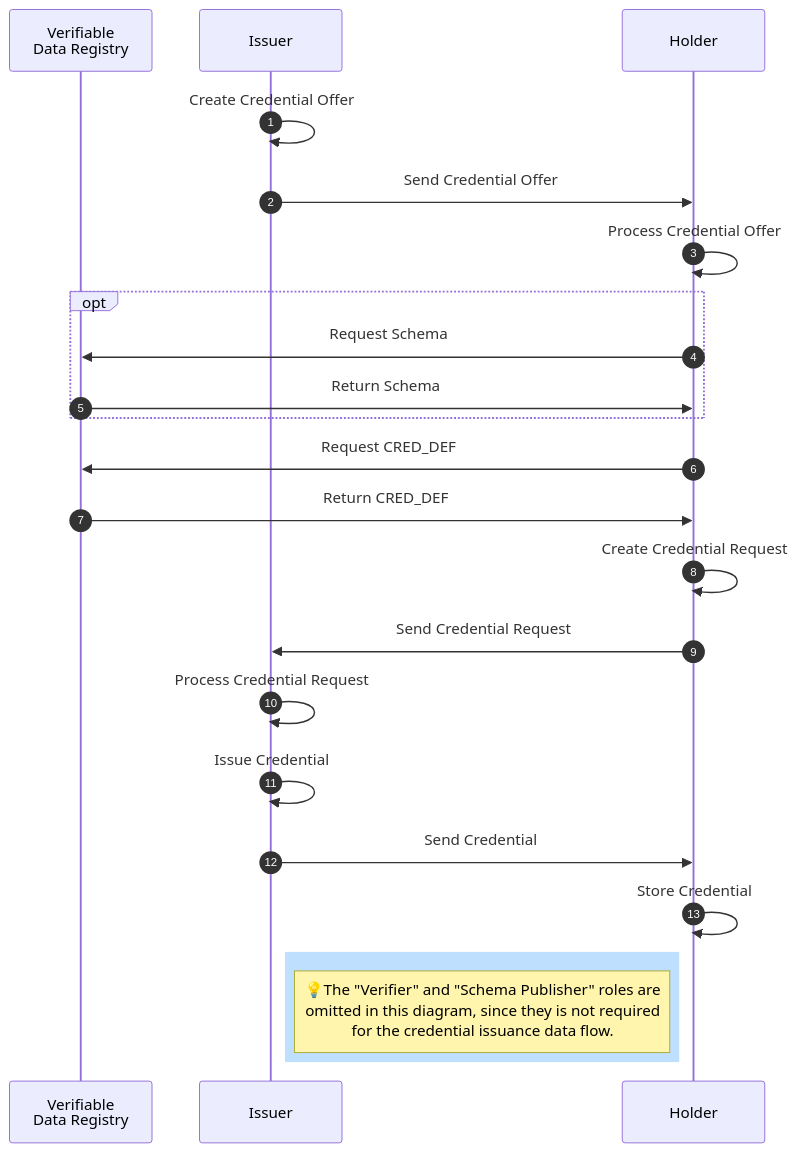
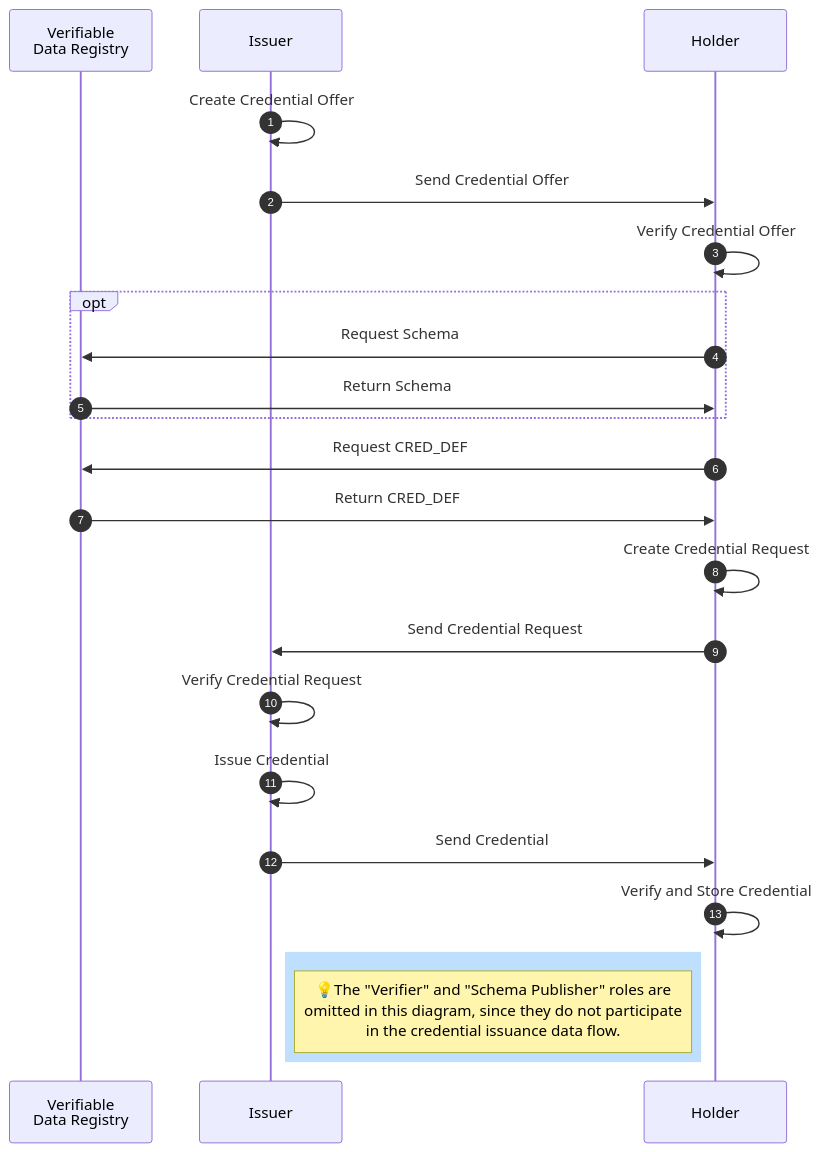
One commit to hyperledger/anoncreds-spec changed the diagram in spec/data_flow_issuance.md. Above: the diagram before and after it, drawn with Mermaid. The commit also changed other lines of this file, not shown here.

Commit message:
Update to issuance to add details, all steps, and to-dos

````diff
--- a/spec/data_flow_issuance.md
+++ b/spec/data_flow_issuance.md
@@ -5,28 +5,28 @@
 ```mermaid
 sequenceDiagram
     autonumber
     participant L as Verifiable<br>Data Registry
     participant I as Issuer
     participant H as Holder  
 
   I ->> I: Create Credential Offer
   I ->> H: Send Credential Offer
-  H ->> H: Process Credential Offer
+  H ->> H: Verify Credential Offer
   opt
     H ->> L: Request Schema
     L ->> H: Return Schema
   end
   H ->> L: Request CRED_DEF
   L ->> H: Return CRED_DEF
   H ->> H: Create Credential Request
   H ->> I: Send Credential Request
-  I ->> I: Process Credential Request
+  I ->> I: Verify Credential Request
   I ->> I: Issue Credential
   I ->> H: Send Credential
-  H ->> H: Store Credential
+  H ->> H: Verify and Store Credential
 
 
   rect rgb(191, 223, 255)
-    Note left of H: 💡The "Verifier" and "Schema Publisher" roles are<br>omitted in this diagram, since they is not required<br>for the credential issuance data flow.
+    Note left of H: 💡The "Verifier" and "Schema Publisher" roles are<br>omitted in this diagram, since they do not participate<br>in the credential issuance data flow.
   end
 ```
````
